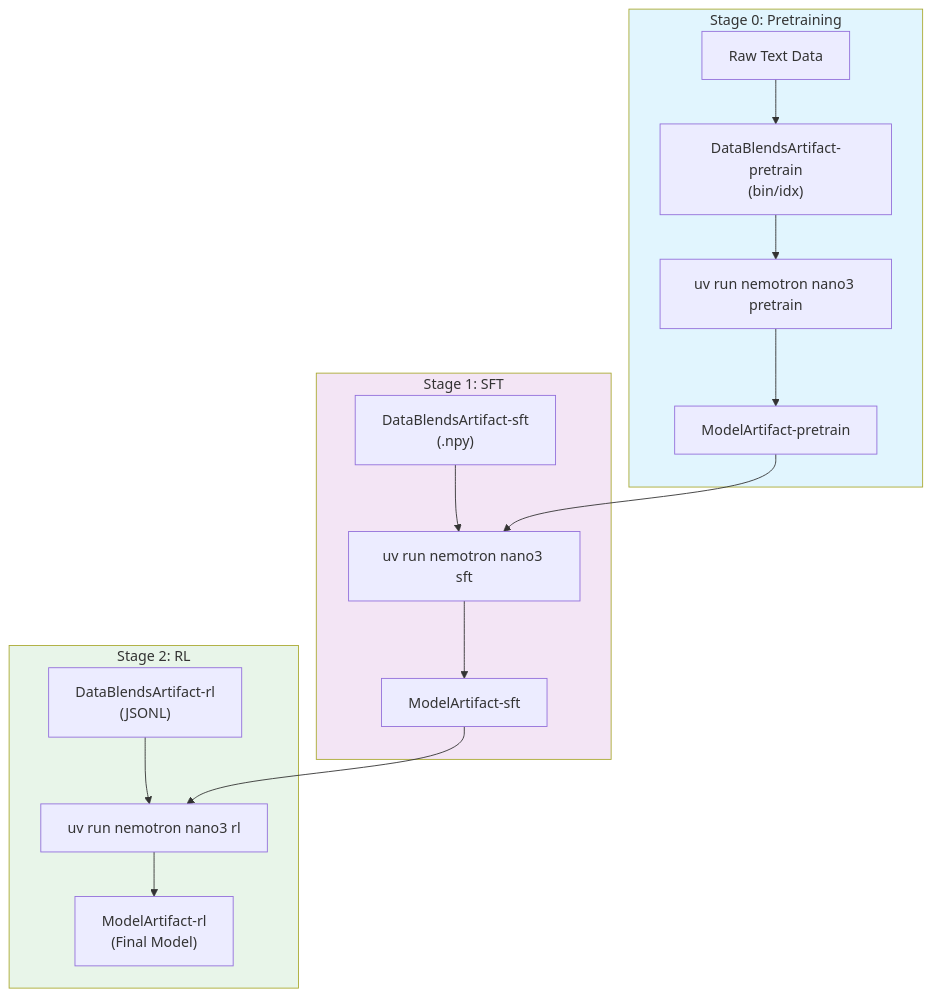
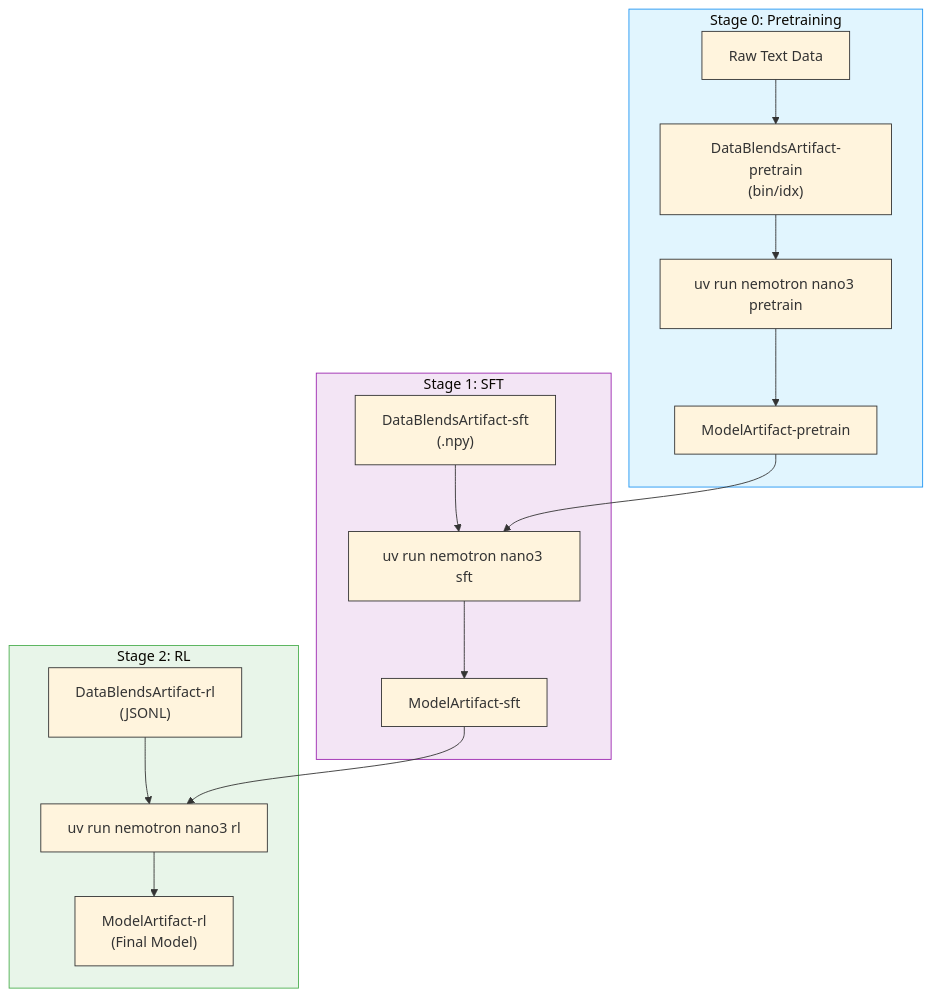
Before and after one commit to NVIDIA-NeMo/Nemotron: the diagram in docs/train/nano3/README.md, drawn with Mermaid. The commit also changed other lines of this file and 40 other files, not shown here.

````diff
--- a/docs/train/nano3/README.md
+++ b/docs/train/nano3/README.md
@@ -264,24 +130,25 @@
 ```mermaid
+%%{init: {'theme': 'base', 'themeVariables': { 'primaryBorderColor': '#333333', 'lineColor': '#333333', 'primaryTextColor': '#333333', 'clusterBkg': '#ffffff', 'clusterBorder': '#333333'}}}%%
 flowchart TB
     subgraph pretrain["Stage 0: Pretraining"]
         raw["Raw Text Data"] --> data0["DataBlendsArtifact-pretrain<br/>(bin/idx)"]
         data0 --> cmd0["uv run nemotron nano3 pretrain"]
         cmd0 --> model0["ModelArtifact-pretrain"]
     end
 
     subgraph sft["Stage 1: SFT"]
         data1["DataBlendsArtifact-sft<br/>(.npy)"] --> cmd1["uv run nemotron nano3 sft"]
         model0 --> cmd1
         cmd1 --> model1["ModelArtifact-sft"]
     end
 
     subgraph rl["Stage 2: RL"]
         data2["DataBlendsArtifact-rl<br/>(JSONL)"] --> cmd2["uv run nemotron nano3 rl"]
         model1 --> cmd2
         cmd2 --> model2["ModelArtifact-rl<br/>(Final Model)"]
     end
 
-    style pretrain fill:#e1f5fe
-    style sft fill:#f3e5f5
-    style rl fill:#e8f5e9
+    style pretrain fill:#e1f5fe,stroke:#2196f3
+    style sft fill:#f3e5f5,stroke:#9c27b0
+    style rl fill:#e8f5e9,stroke:#4caf50
 ```
````
